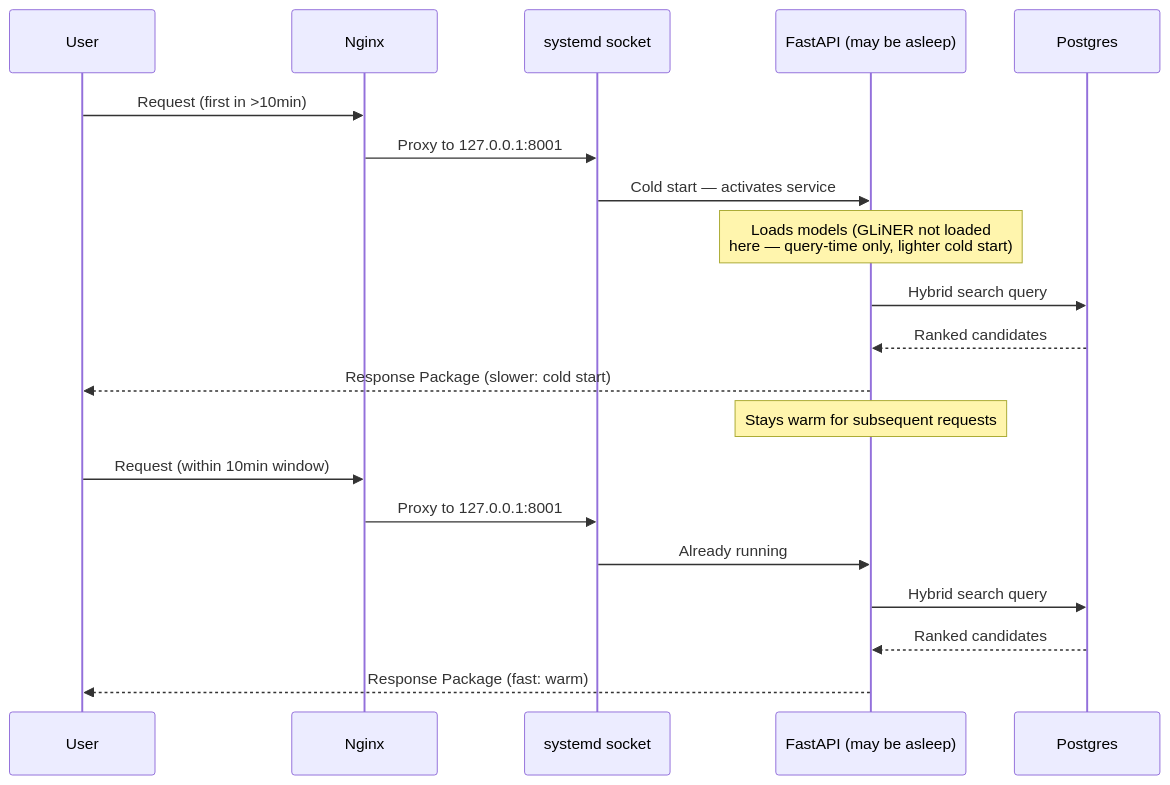
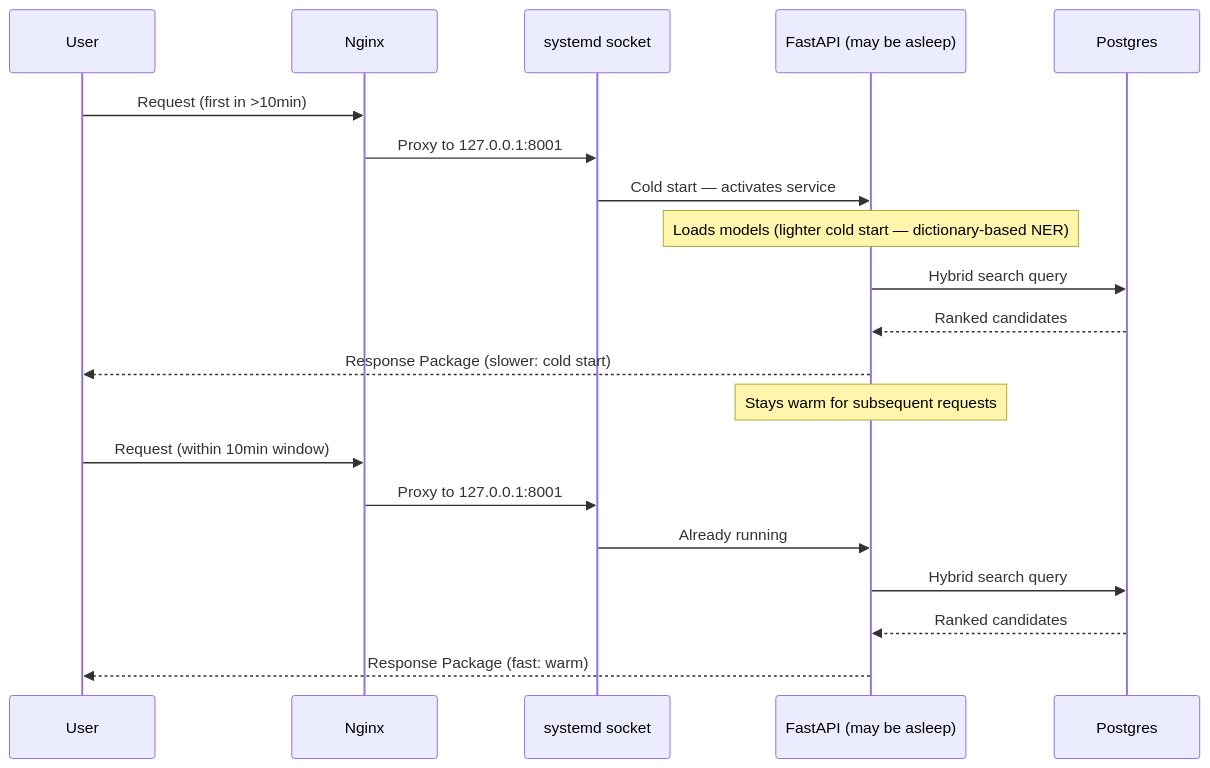
The seventh of 7 diagrams in Final_System_Design.md (shreenidhi-vlookup/Hexta), drawn with Mermaid before and after one commit. The commit also changed other lines of this file and 33 other files, not shown here.

````diff
--- a/Final_System_Design.md
+++ b/Final_System_Design.md
@@ -240,25 +238,25 @@
 ```mermaid
 sequenceDiagram
     participant User
     participant Nginx
     participant Socket as systemd socket
     participant Backend as FastAPI (may be asleep)
     participant PG as Postgres
 
     User->>Nginx: Request (first in >10min)
     Nginx->>Socket: Proxy to 127.0.0.1:8001
     Socket->>Backend: Cold start — activates service
-    Note over Backend: Loads models (GLiNER not loaded<br/>here — query-time only, lighter cold start)
+    Note over Backend: Loads models (lighter cold start — dictionary-based NER)
     Backend->>PG: Hybrid search query
     PG-->>Backend: Ranked candidates
     Backend-->>User: Response Package (slower: cold start)
 
     Note over Backend: Stays warm for subsequent requests
 
     User->>Nginx: Request (within 10min window)
     Nginx->>Socket: Proxy to 127.0.0.1:8001
     Socket->>Backend: Already running
     Backend->>PG: Hybrid search query
     PG-->>Backend: Ranked candidates
     Backend-->>User: Response Package (fast: warm)
 ```
````
